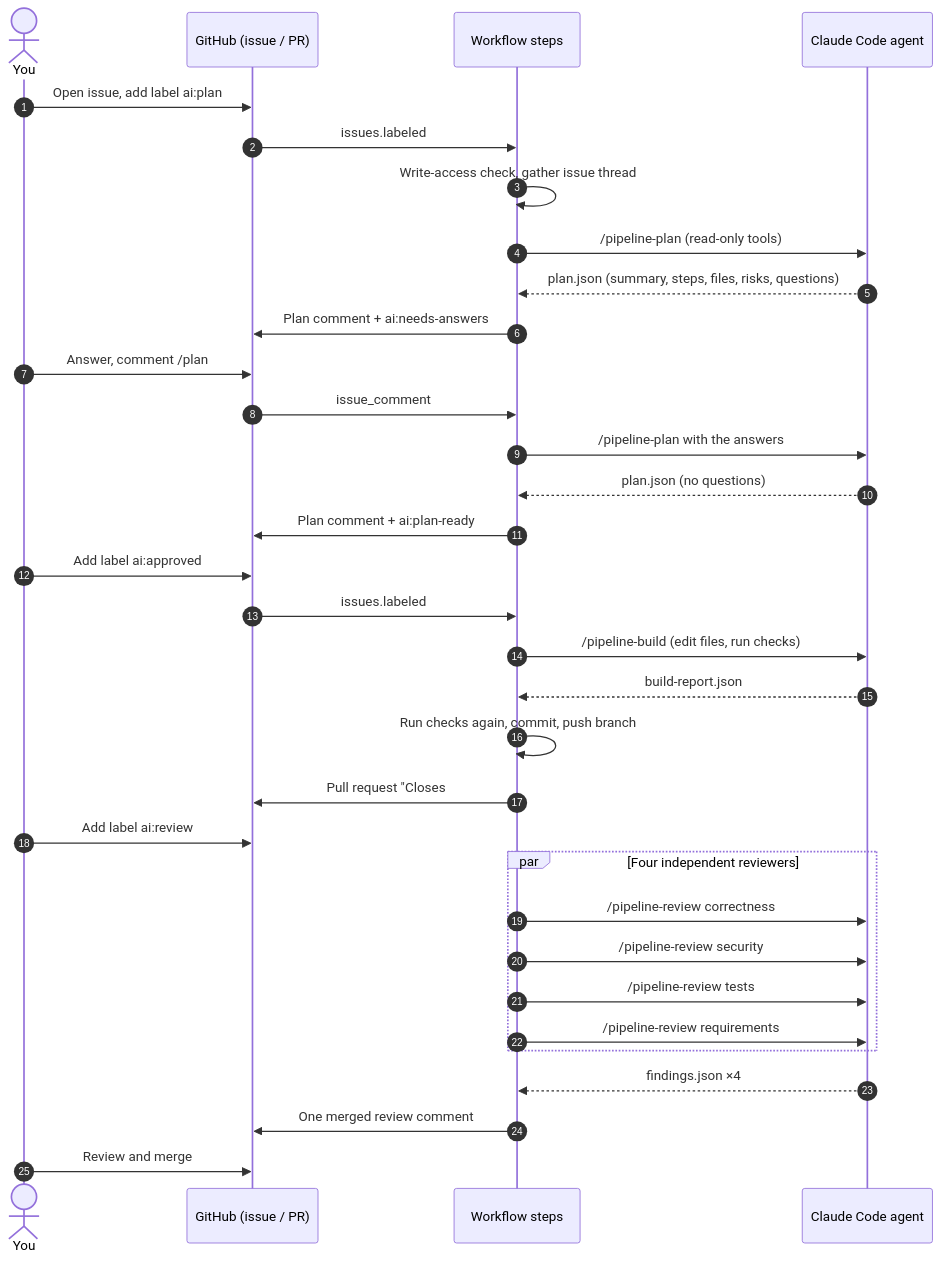
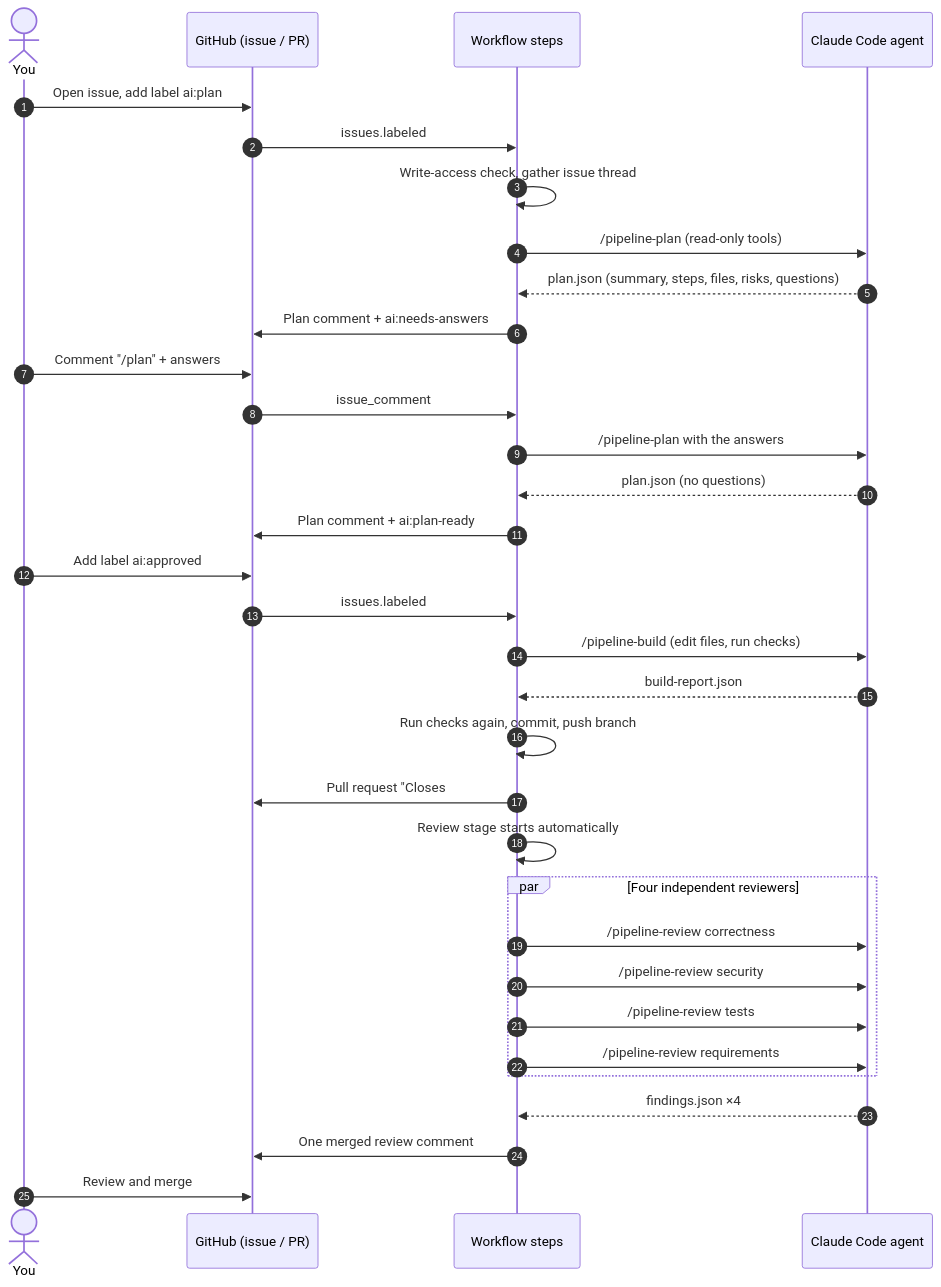
The diagram in README.md (jmcfadden27/claude-code-dev-pipeline), drawn with Mermaid before and after one commit. The commit also changed other lines of this file and 19 other files, not shown here.

Commit message:
feat(pipeline): run the review automatically after the build

````diff
--- a/README.md
+++ b/README.md
@@ -31,36 +31,36 @@
 ```mermaid
 sequenceDiagram
     autonumber
     actor You
     participant GH as GitHub (issue / PR)
     participant WF as Workflow steps
     participant AG as Claude Code agent
 
     You->>GH: Open issue, add label ai:plan
     GH->>WF: issues.labeled
     WF->>WF: Write-access check, gather issue thread
     WF->>AG: /pipeline-plan (read-only tools)
     AG-->>WF: plan.json (summary, steps, files, risks, questions)
     WF->>GH: Plan comment + ai:needs-answers
-    You->>GH: Answer, comment /plan
+    You->>GH: Comment "/plan" + answers
     GH->>WF: issue_comment
     WF->>AG: /pipeline-plan with the answers
     AG-->>WF: plan.json (no questions)
     WF->>GH: Plan comment + ai:plan-ready
     You->>GH: Add label ai:approved
     GH->>WF: issues.labeled
     WF->>AG: /pipeline-build (edit files, run checks)
     AG-->>WF: build-report.json
     WF->>WF: Run checks again, commit, push branch
     WF->>GH: Pull request "Closes #N"
-    You->>GH: Add label ai:review
+    WF->>WF: Review stage starts automatically
     par Four independent reviewers
         WF->>AG: /pipeline-review correctness
         WF->>AG: /pipeline-review security
         WF->>AG: /pipeline-review tests
         WF->>AG: /pipeline-review requirements
     end
     AG-->>WF: findings.json ×4
     WF->>GH: One merged review comment
     You->>GH: Review and merge
 ```
````
